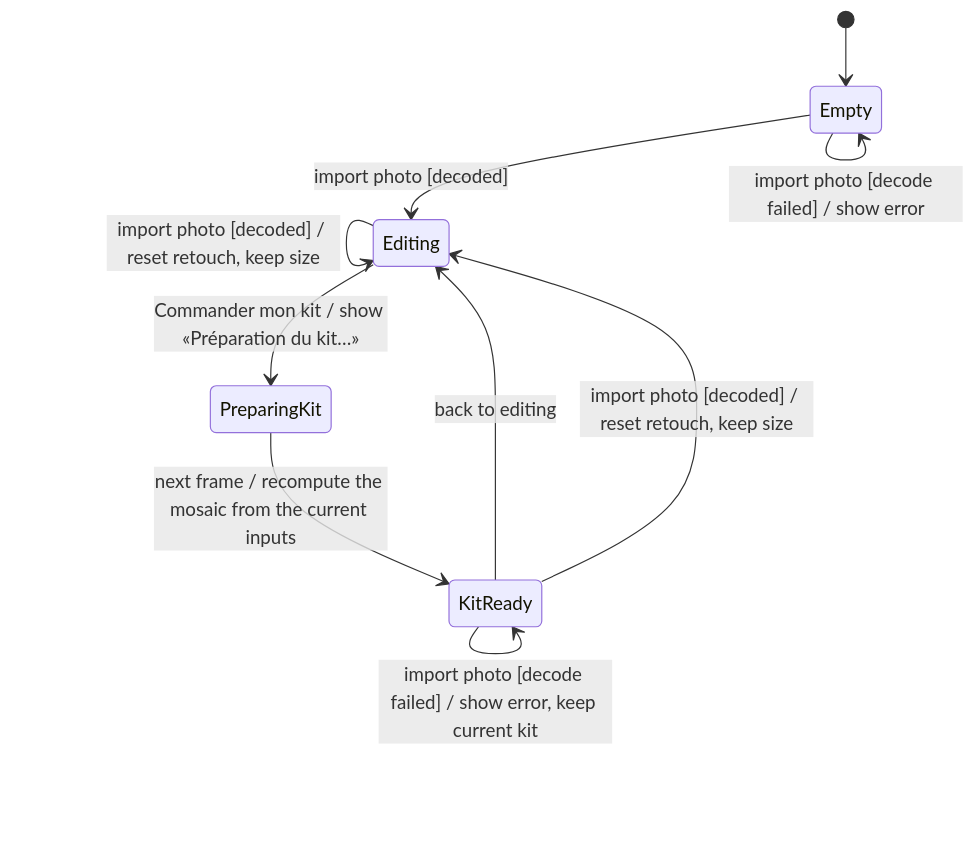
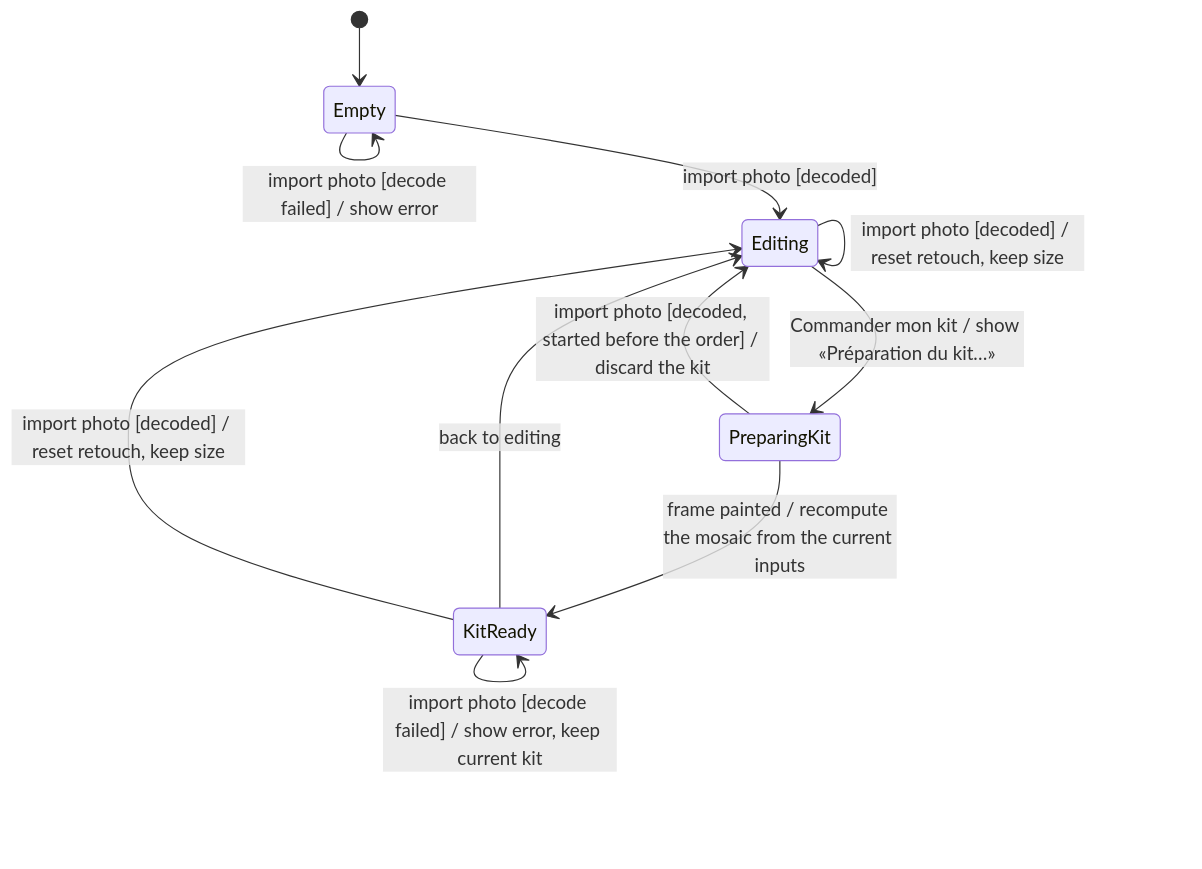
Before and after one commit to benoit-bremaud/brickpix: the diagram in docs/architecture/diagrams/mosaic/05-state-editor.md, drawn with Mermaid. The commit also changed other lines of this file and 7 other files, not shown here.

````diff
--- a/docs/architecture/diagrams/mosaic/05-state-editor.md
+++ b/docs/architecture/diagrams/mosaic/05-state-editor.md
@@ -9,16 +9,17 @@
 ```mermaid
 stateDiagram-v2
     [*] --> Empty
     Empty --> Editing : import photo [decoded]
     Empty --> Empty : import photo [decode failed] / show error
     Editing --> Editing : size / retouch / dithering change / refresh preview (debounced)
     Editing --> Editing : import photo [decode failed] / show error, keep current photo
     Editing --> Editing : import photo [decoded] / reset retouch, keep size
     Editing --> PreparingKit : Commander mon kit / show «Préparation du kit…»
-    PreparingKit --> KitReady : next frame / recompute the mosaic from the current inputs
+    PreparingKit --> KitReady : frame painted / recompute the mosaic from the current inputs
+    PreparingKit --> Editing : import photo [decoded, started before the order] / discard the kit
     KitReady --> KitReady : spare rate change / update table and XML
     KitReady --> KitReady : print plan / copy or download BrickLink list
     KitReady --> Editing : back to editing
     KitReady --> Editing : import photo [decoded] / reset retouch, keep size
     KitReady --> KitReady : import photo [decode failed] / show error, keep current kit
 ```
````
